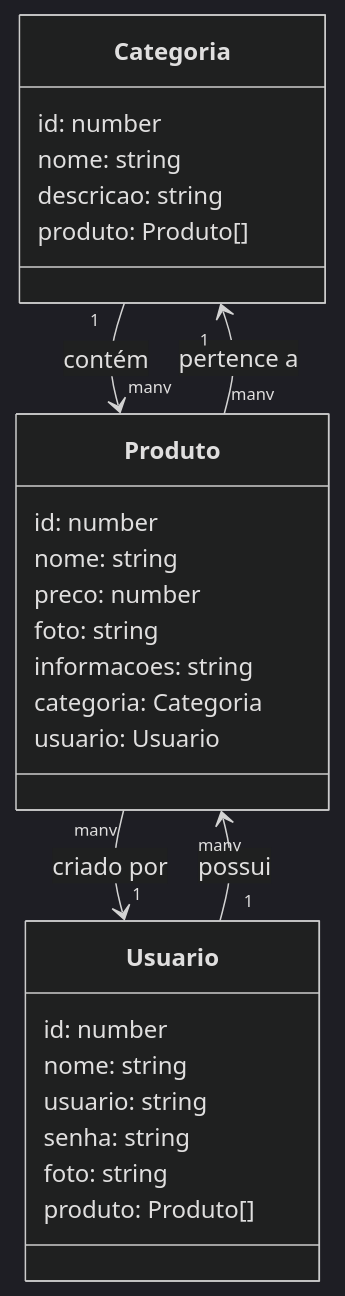
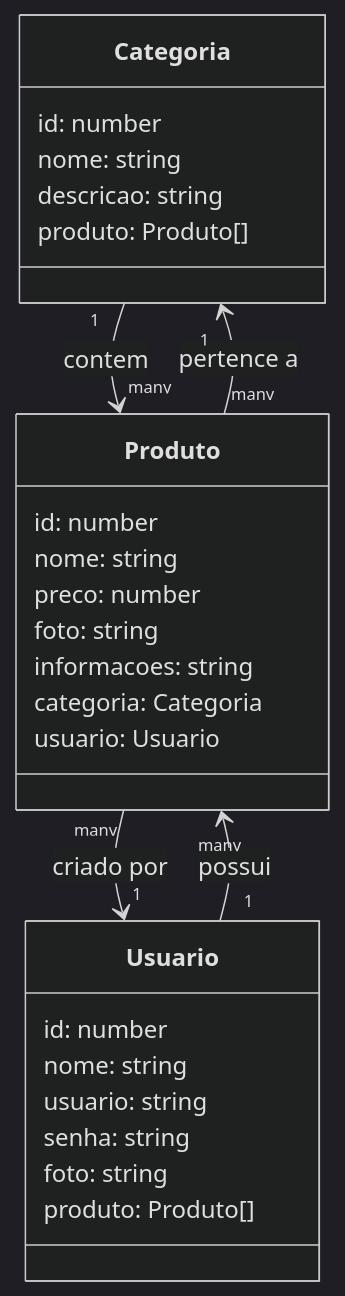
One commit to projetointegrador-g3/documentacao-vammo changed the diagram in README.md. Above: the diagram before and after it, drawn with Mermaid. The commit also changed other lines of this file, not shown here.

````diff
--- a/README.md
+++ b/README.md
@@ -120,39 +97,39 @@
 ```mermaid
 ---
 config:
   theme: dark
   layout: dagre
 ---
 
 classDiagram
     class Categoria {
         id: number
         nome: string
         descricao: string
         produto: Produto[]
     }
 
     class Produto {
         id: number
         nome: string
         preco: number
         foto: string
         informacoes: string
         categoria: Categoria
         usuario: Usuario
     }
 
     class Usuario {
         id: number
         nome: string
         usuario: string
         senha: string
         foto: string
         produto: Produto[]
     }
 
-    Categoria "1" --> "many" Produto : contém
+    Categoria "1" --> "many" Produto : contem
     Produto "many" --> "1" Categoria : pertence a
     Produto "many" --> "1" Usuario : criado por
     Usuario "1" --> "many" Produto : possui
 ```
````
